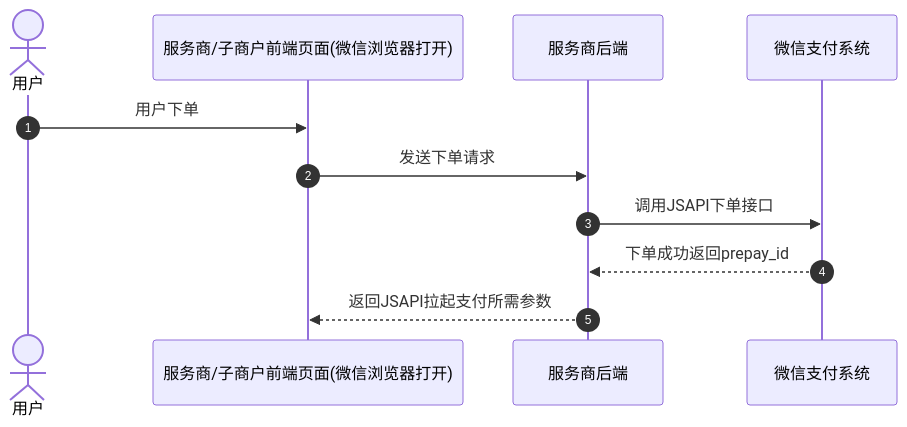
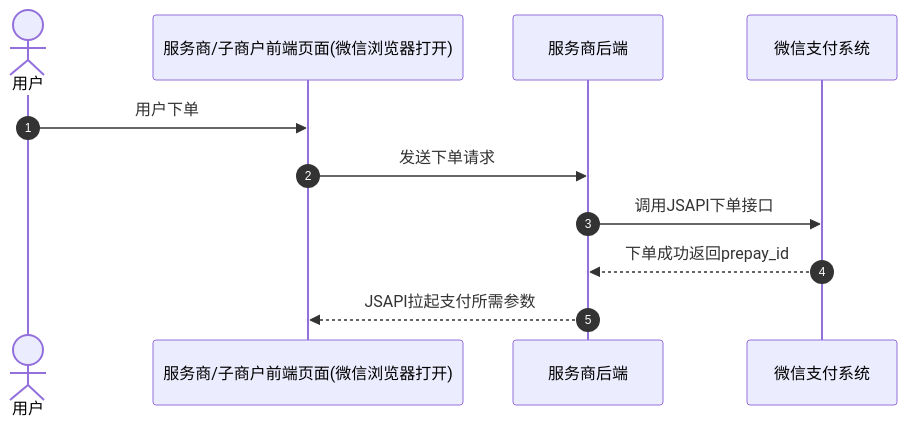
One commit to minibear2021/wechatpay_docs changed the first of 4 diagrams in docs/partner/pages/4012069859.md. Above: the diagram before and after it, drawn with Mermaid. The commit also changed other lines of this file and 7 other files, not shown here.

````diff
--- a/docs/partner/pages/4012069859.md
+++ b/docs/partner/pages/4012069859.md
@@ -54,14 +54,13 @@
 ```mermaid
 sequenceDiagram
-%% xwatt: autonumber ea
   autonumber
   actor p0 as 用户
   participant p1 as 服务商/子商户前端页面(微信浏览器打开)
   participant p2 as 服务商后端
   participant p3 as 微信支付系统
   p0->>p1: 用户下单
   p1->>p2: 发送下单请求
   p2->>p3: 调用JSAPI下单接口
   p3-->>p2: 下单成功返回prepay_id
-  p2-->>p1: 返回JSAPI拉起支付所需参数
+  p2-->>p1: JSAPI拉起支付所需参数
 ```
````
